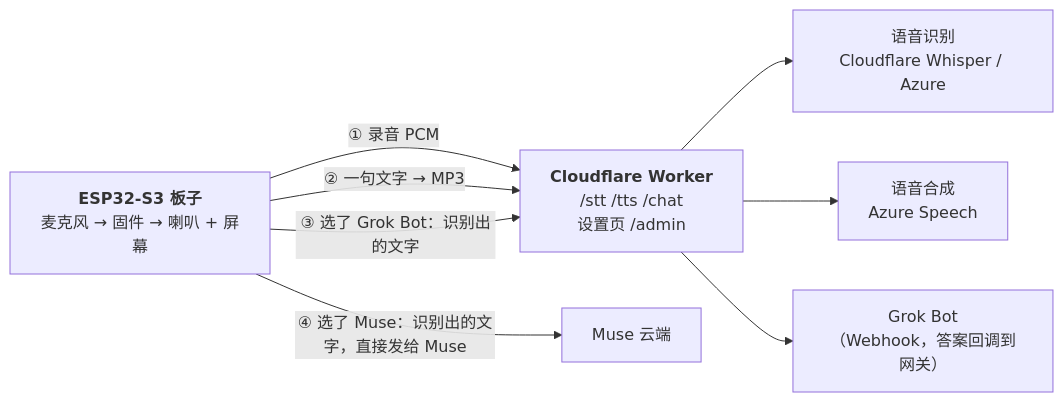
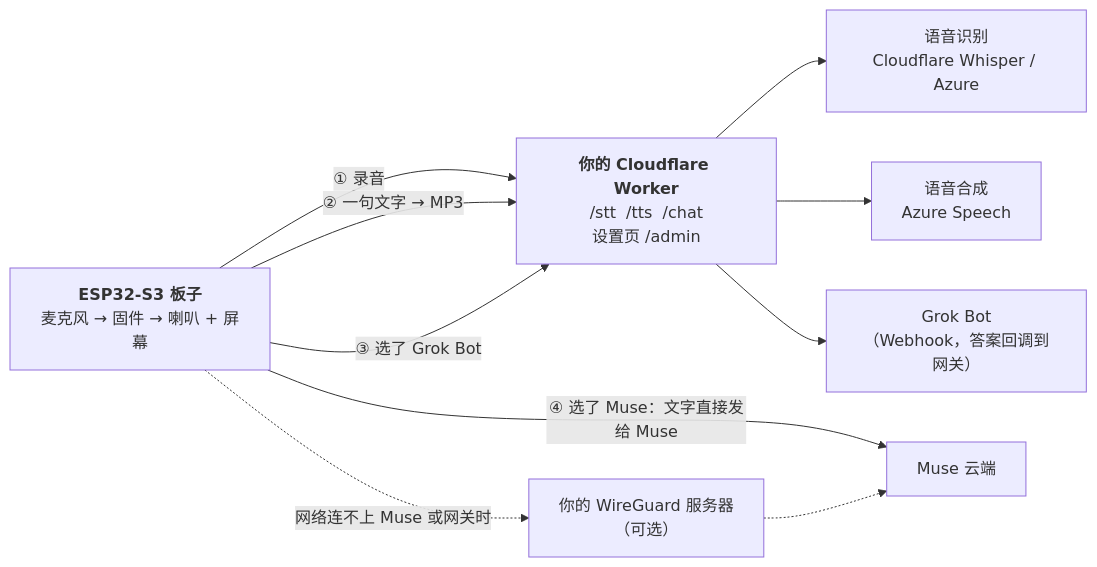
One commit to burndown/esp32-twinmate changed the diagram in README.md. Above: the diagram before and after it, drawn with Mermaid. The commit also changed other lines of this file and 8 other files, not shown here.

````diff
--- a/README.md
+++ b/README.md
@@ -15,13 +25,15 @@
 ```mermaid
 flowchart LR
   board["<b>ESP32-S3 板子</b><br/>麦克风 → 固件 → 喇叭 + 屏幕"]
-  gw["<b>Cloudflare Worker</b><br/>/stt  /tts  /chat<br/>设置页 /admin"]
+  gw["<b>你的 Cloudflare Worker</b><br/>/stt  /tts  /chat<br/>设置页 /admin"]
   asr["语音识别<br/>Cloudflare Whisper / Azure"]
   tts["语音合成<br/>Azure Speech"]
   bot["Grok Bot<br/>（Webhook，答案回调到网关）"]
   muse["Muse 云端"]
-  board -->|"① 录音 PCM"| gw --> asr
+  wg["你的 WireGuard 服务器<br/>（可选）"]
+  board -->|"① 录音"| gw --> asr
   board -->|"② 一句文字 → MP3"| gw --> tts
-  board -->|"③ 选了 Grok Bot：识别出的文字"| gw --> bot
-  board -->|"④ 选了 Muse：识别出的文字，直接发给 Muse"| muse
+  board -->|"③ 选了 Grok Bot"| gw --> bot
+  board -->|"④ 选了 Muse：文字直接发给 Muse"| muse
+  board -.->|"网络连不上 Muse 或网关时"| wg -.-> muse
 ```
````
